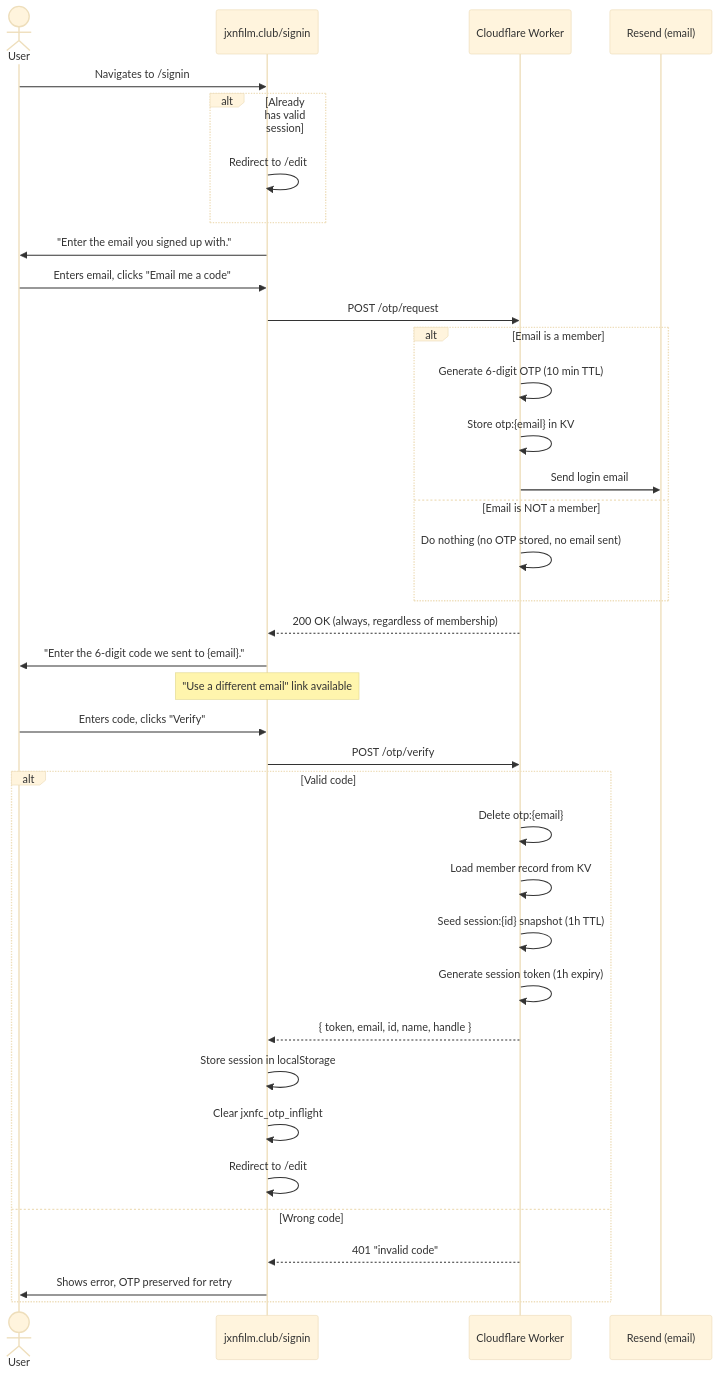
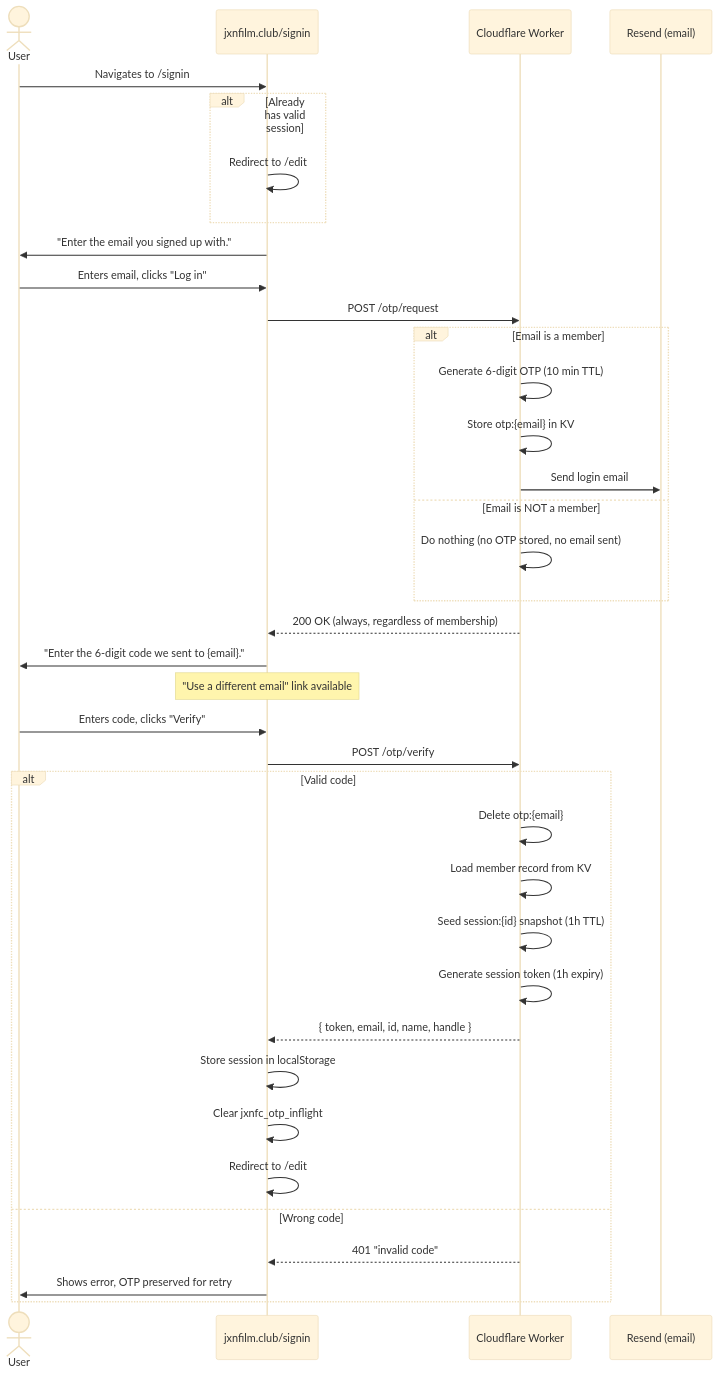
Before and after one commit to michaellambgelo/jxnfilmclub: the diagram in docs/features/signin.md, drawn with Mermaid (base theme). The commit also changed 6 other files, not shown here.

````diff
--- a/docs/features/signin.md
+++ b/docs/features/signin.md
@@ -7,44 +7,44 @@
 ```mermaid
 sequenceDiagram
     actor User
     participant Site as jxnfilm.club/signin
     participant Worker as Cloudflare Worker
     participant Email as Resend (email)
 
     User->>Site: Navigates to /signin
     alt Already has valid session
         Site->>Site: Redirect to /edit
     end
 
     Site->>User: "Enter the email you signed up with."
-    User->>Site: Enters email, clicks "Email me a code"
+    User->>Site: Enters email, clicks "Log in"
     Site->>Worker: POST /otp/request
 
     alt Email is a member
         Worker->>Worker: Generate 6-digit OTP (10 min TTL)
         Worker->>Worker: Store otp:{email} in KV
         Worker->>Email: Send login email
     else Email is NOT a member
         Worker->>Worker: Do nothing (no OTP stored, no email sent)
     end
     Worker-->>Site: 200 OK (always, regardless of membership)
 
     Site->>User: "Enter the 6-digit code we sent to {email}."
     Note over Site: "Use a different email" link available
     User->>Site: Enters code, clicks "Verify"
     Site->>Worker: POST /otp/verify
 
     alt Valid code
         Worker->>Worker: Delete otp:{email}
         Worker->>Worker: Load member record from KV
         Worker->>Worker: Seed session:{id} snapshot (1h TTL)
         Worker->>Worker: Generate session token (1h expiry)
         Worker-->>Site: { token, email, id, name, handle }
         Site->>Site: Store session in localStorage
         Site->>Site: Clear jxnfc_otp_inflight
         Site->>Site: Redirect to /edit
     else Wrong code
         Worker-->>Site: 401 "invalid code"
         Site->>User: Shows error, OTP preserved for retry
     end
 ```
````
